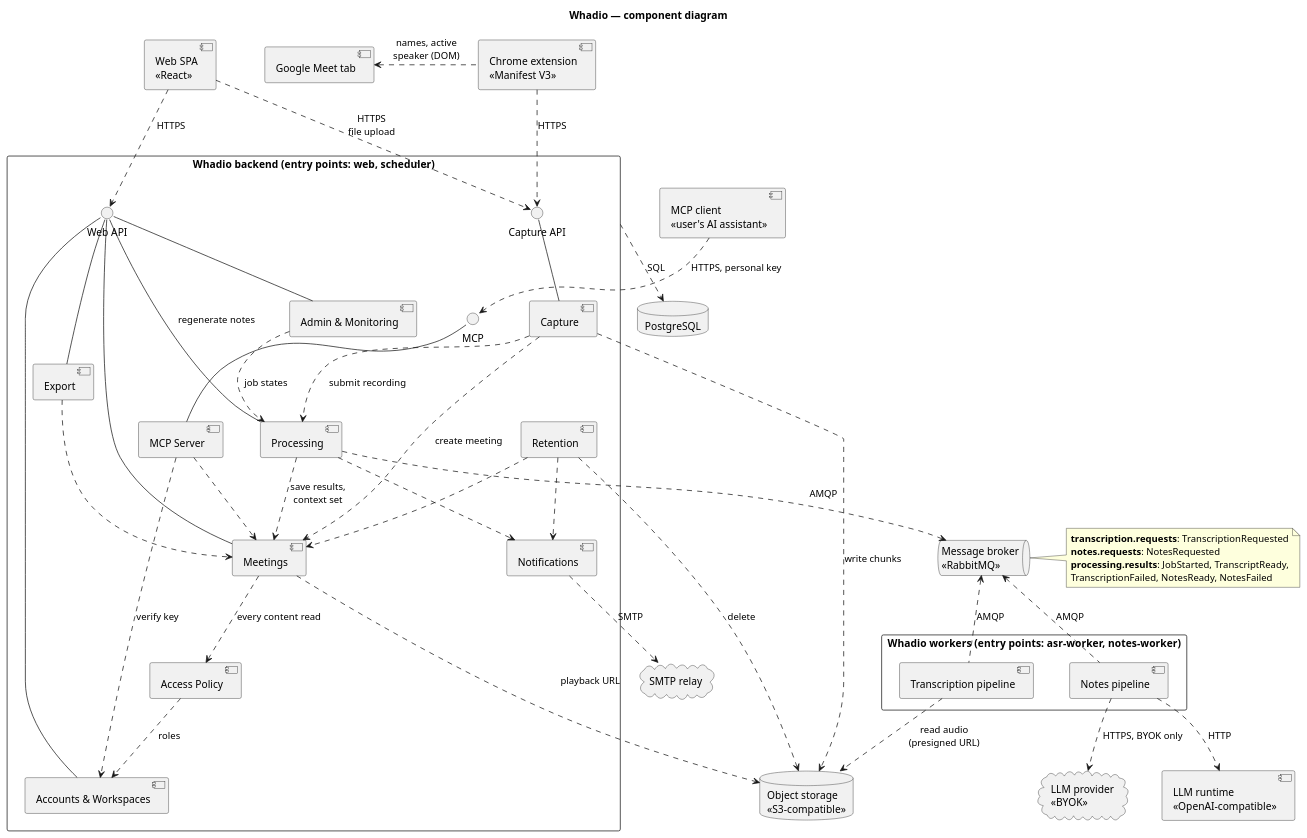
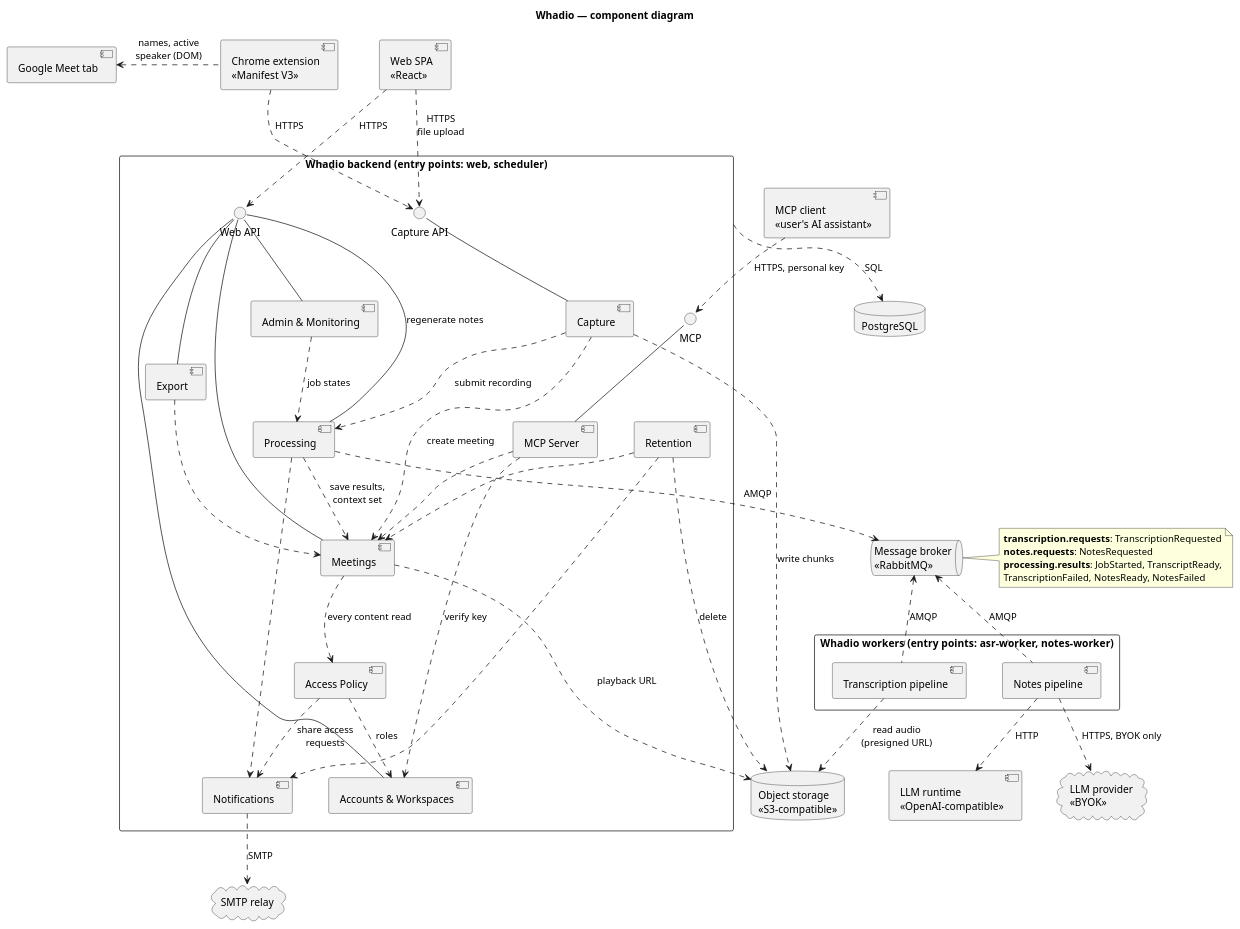
Before and after one commit to ukma-fin-ssdm-2026/Whadio: the diagram in docs/architecture/uml/component-diagram.puml, drawn with PlantUML. The commit also changed 11 other files, not shown here.

Commit message:
docs(#34): require the creator's approval before a share link grants access

```diff
--- a/docs/architecture/uml/component-diagram.puml
+++ b/docs/architecture/uml/component-diagram.puml
@@ -1,97 +1,98 @@
 @startuml component-diagram
 title Whadio — component diagram
 
 skinparam componentStyle uml2
 skinparam packageStyle rectangle
 skinparam nodesep 50
 skinparam ranksep 60
 
 component "Chrome extension\n<<Manifest V3>>" as ext
 component "Google Meet tab" as meet
 component "Web SPA\n<<React>>" as spa
 component "MCP client\n<<user's AI assistant>>" as mcpClient
 
 package "Whadio backend  (entry points: web, scheduler)" as backend {
   () "Capture API" as ICapture
   () "Web API" as IWeb
   () "MCP" as IMcp
 
   component "Capture" as capture
   component "MCP Server" as mcp
 
   component "Processing" as processing
   component "Admin & Monitoring" as admin
   component "Export" as export
   component "Retention" as retention
 
   component "Meetings" as meetings
   component "Notifications" as notifications
 
   component "Access Policy" as access
   component "Accounts & Workspaces" as accounts
 }
 
 queue "Message broker\n<<RabbitMQ>>" as mq
 
 package "Whadio workers  (entry points: asr-worker, notes-worker)" as workers {
   component "Transcription pipeline" as asr
   component "Notes pipeline" as notes
 }
 
 database "PostgreSQL" as db
 database "Object storage\n<<S3-compatible>>" as store
 component "LLM runtime\n<<OpenAI-compatible>>" as llm
 cloud "LLM provider\n<<BYOK>>" as provider
 cloud "SMTP relay" as smtp
 
 note right of mq
   <b>transcription.requests</b>: TranscriptionRequested
   <b>notes.requests</b>: NotesRequested
   <b>processing.results</b>: JobStarted, TranscriptReady,
   TranscriptionFailed, NotesReady, NotesFailed
 end note
 
 ' --- Clients and the provided interfaces ---
 ext .left.> meet : names, active\nspeaker (DOM)
 ext ..> ICapture : HTTPS
 spa ..> IWeb : HTTPS
 spa ..> ICapture : HTTPS\nfile upload
 mcpClient ..> IMcp : HTTPS, personal key
 
 ICapture -- capture
 IWeb -- accounts
 IWeb -- meetings
 IWeb -- processing : regenerate notes
 IWeb -- export
 IWeb -- admin
 IMcp -- mcp
 
 ' --- In-process dependencies inside the backend ---
 capture ..> processing : submit recording
 capture ..> meetings : create meeting
 mcp ..> meetings
 mcp ..> accounts : verify key
 admin ..> processing : job states
 export ..> meetings
 processing ..> meetings : save results,\ncontext set
 processing ..> notifications
 retention ..> meetings
 retention ..> notifications
+access ..> notifications : share access\nrequests
 meetings ..> access : every content read
 access ..> accounts : roles
 
 ' --- Backend <-> workers, only through the broker ---
 processing ..> mq : AMQP
 mq <.. asr : AMQP
 mq <.. notes : AMQP
 
 ' --- Infrastructure ---
 backend ..> db : SQL
 capture ..> store : write chunks
 meetings ..> store : playback URL
 retention ..> store : delete
 notifications ..> smtp : SMTP
 asr ..> store : read audio\n(presigned URL)
 notes ..> llm : HTTP
 notes ..> provider : HTTPS, BYOK only
 @enduml
```
